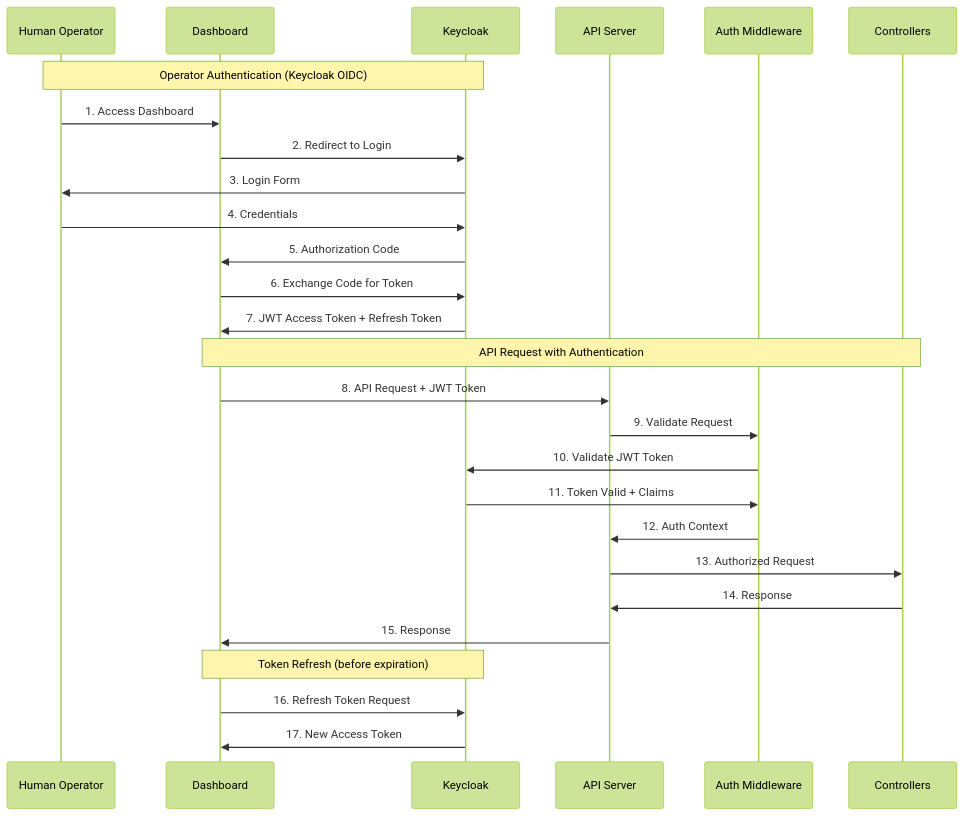
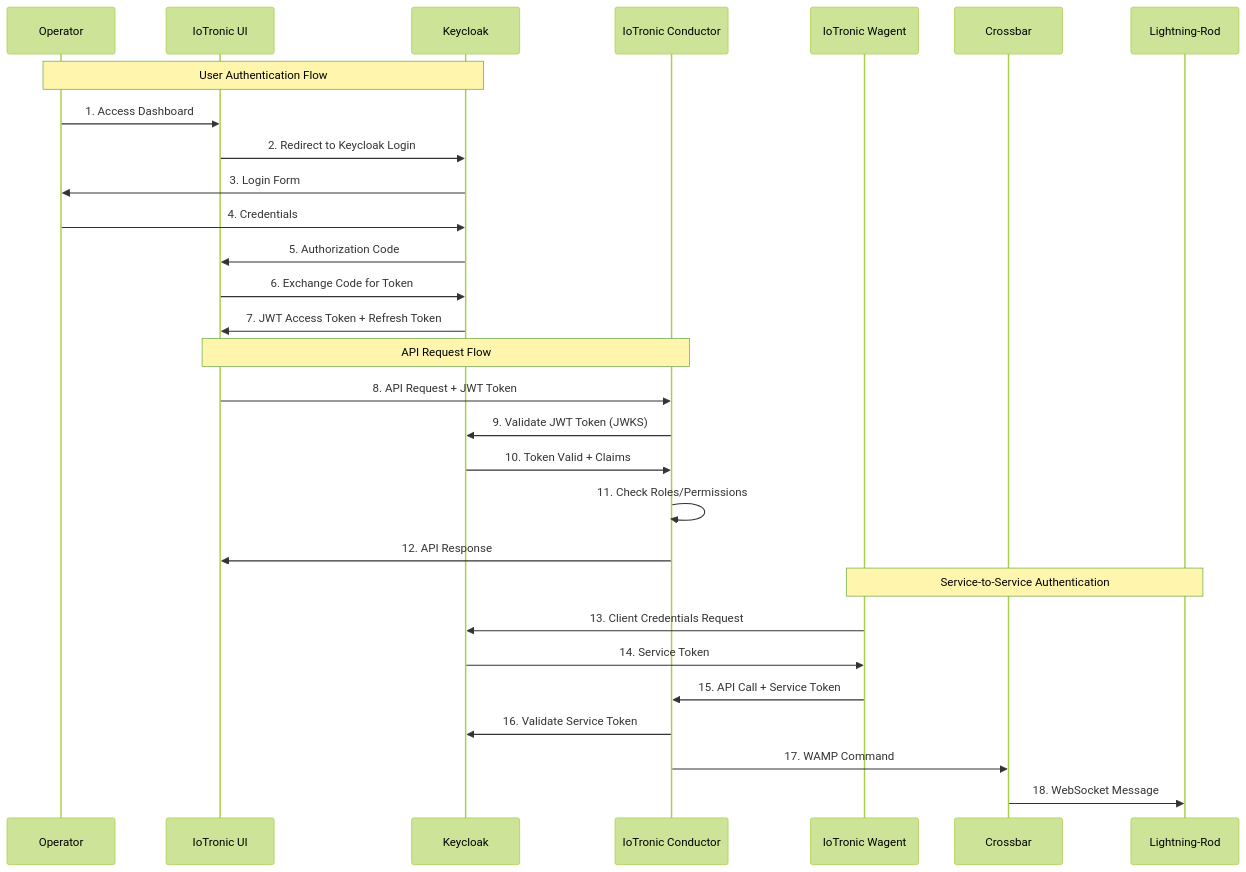
Before and after one commit to lucadagati/DS_projects_25: the second of 3 diagrams in progetto2_retrospect_keycloak_en.md, drawn with Mermaid (forest theme). The commit also changed other lines of this file and 1 other file, not shown here.

````diff
--- a/progetto2_retrospect_keycloak_en.md
+++ b/progetto2_retrospect_keycloak_en.md
@@ -302,32 +147,34 @@
 ```mermaid
 sequenceDiagram
-    participant User as Human Operator
-    participant Dashboard as Dashboard
+    participant User as Operator
+    participant UI as IoTronic UI
     participant Keycloak as Keycloak
-    participant API as API Server
-    participant MW as Auth Middleware
-    participant Controller as Controllers
+    participant API as IoTronic Conductor
+    participant WAgent as IoTronic Wagent
+    participant Crossbar as Crossbar
+    participant LR as Lightning-Rod
     
-    Note over User,Keycloak: Operator Authentication (Keycloak OIDC)
-    User->>Dashboard: 1. Access Dashboard
-    Dashboard->>Keycloak: 2. Redirect to Login
+    Note over User,Keycloak: User Authentication Flow
+    User->>UI: 1. Access Dashboard
+    UI->>Keycloak: 2. Redirect to Keycloak Login
     Keycloak->>User: 3. Login Form
     User->>Keycloak: 4. Credentials
-    Keycloak->>Dashboard: 5. Authorization Code
-    Dashboard->>Keycloak: 6. Exchange Code for Token
-    Keycloak->>Dashboard: 7. JWT Access Token + Refresh Token
+    Keycloak->>UI: 5. Authorization Code
+    UI->>Keycloak: 6. Exchange Code for Token
+    Keycloak->>UI: 7. JWT Access Token + Refresh Token
     
-    Note over Dashboard,Controller: API Request with Authentication
-    Dashboard->>API: 8. API Request + JWT Token
-    API->>MW: 9. Validate Request
-    MW->>Keycloak: 10. Validate JWT Token
-    Keycloak->>MW: 11. Token Valid + Claims
-    MW->>API: 12. Auth Context
-    API->>Controller: 13. Authorized Request
-    Controller->>API: 14. Response
-    API->>Dashboard: 15. Response
+    Note over UI,API: API Request Flow
+    UI->>API: 8. API Request + JWT Token
+    API->>Keycloak: 9. Validate JWT Token (JWKS)
+    Keycloak->>API: 10. Token Valid + Claims
+    API->>API: 11. Check Roles/Permissions
+    API->>UI: 12. API Response
     
-    Note over Dashboard,Keycloak: Token Refresh (before expiration)
-    Dashboard->>Keycloak: 16. Refresh Token Request
-    Keycloak->>Dashboard: 17. New Access Token
+    Note over WAgent,LR: Service-to-Service Authentication
+    WAgent->>Keycloak: 13. Client Credentials Request
+    Keycloak->>WAgent: 14. Service Token
+    WAgent->>API: 15. API Call + Service Token
+    API->>Keycloak: 16. Validate Service Token
+    API->>Crossbar: 17. WAMP Command
+    Crossbar->>LR: 18. WebSocket Message
 ```
````
